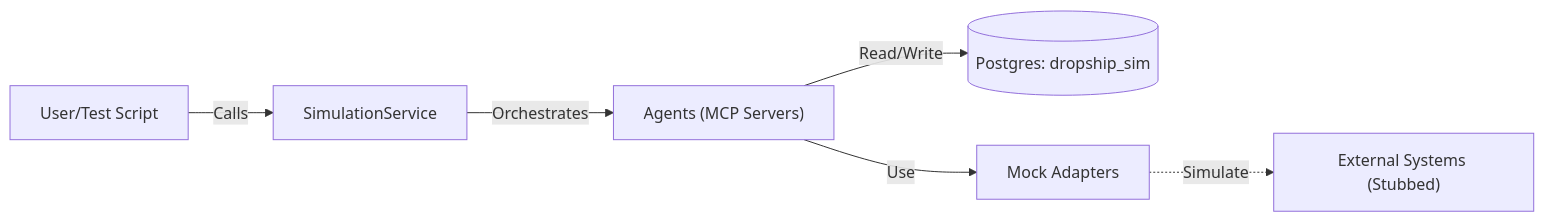
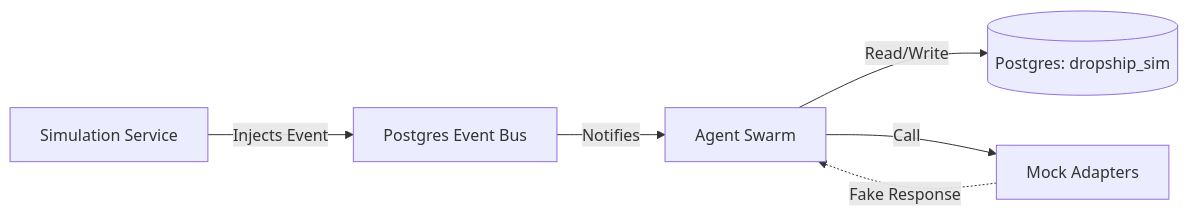
The first of 2 diagrams in Documentation/Reference/ENVIRONMENT_SIMULATION_V_LIVE.md (andylelli/ds1), drawn with Mermaid before and after one commit. The commit also changed other lines of this file and 1 other file, not shown here.

````diff
--- a/Documentation/Reference/ENVIRONMENT_SIMULATION_V_LIVE.md
+++ b/Documentation/Reference/ENVIRONMENT_SIMULATION_V_LIVE.md
@@ -16,8 +25,8 @@
 ```mermaid
 flowchart LR
-  User["User/Test Script"] -->|Calls| SimService[SimulationService]
-  SimService -->|Orchestrates| Agents["Agents (MCP Servers)"]
-  Agents -->|Read/Write| DB[("Postgres: dropship_sim")]
-  Agents -->|Use| MockAdapters["Mock Adapters"]
-  MockAdapters -.->|Simulate| External["External Systems (Stubbed)"]
+  Sim[Simulation Service] -->|Injects Event| Bus[Postgres Event Bus]
+  Bus -->|Notifies| Agents[Agent Swarm]
+  Agents -->|Read/Write| DB[(Postgres: dropship_sim)]
+  Agents -->|Call| Mocks[Mock Adapters]
+  Mocks -.->|Fake Response| Agents
 ```
````
